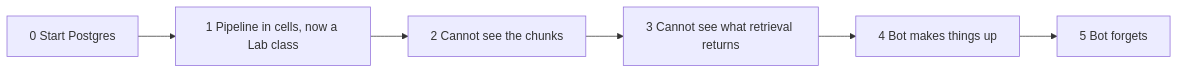
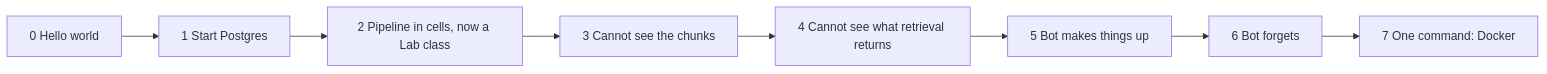
Before and after one commit to Thommans-Playground/coursera-IBM-RAG-Agentic-AI-Professional-Certificate: the first of 10 diagrams in course2/module1/tutorials/03-build-the-rag-lab-web-app.md, drawn with Mermaid. The commit also changed other lines of this file and 32 other files, not shown here.

````diff
--- a/course2/module1/tutorials/03-build-the-rag-lab-web-app.md
+++ b/course2/module1/tutorials/03-build-the-rag-lab-web-app.md
@@ -19,8 +19,10 @@
 ```mermaid
 flowchart LR
-    S0["0 Start Postgres"] --> S1["1 Pipeline in cells, now a Lab class"]
-    S1 --> S2["2 Cannot see the chunks"]
-    S2 --> S3["3 Cannot see what retrieval returns"]
-    S3 --> S4["4 Bot makes things up"]
-    S4 --> S5["5 Bot forgets"]
+    S0["0 Hello world"] --> S1["1 Start Postgres"]
+    S1 --> S2["2 Pipeline in cells, now a Lab class"]
+    S2 --> S3["3 Cannot see the chunks"]
+    S3 --> S4["4 Cannot see what retrieval returns"]
+    S4 --> S5["5 Bot makes things up"]
+    S5 --> S6["6 Bot forgets"]
+    S6 --> S7["7 One command: Docker"]
 ```
````
